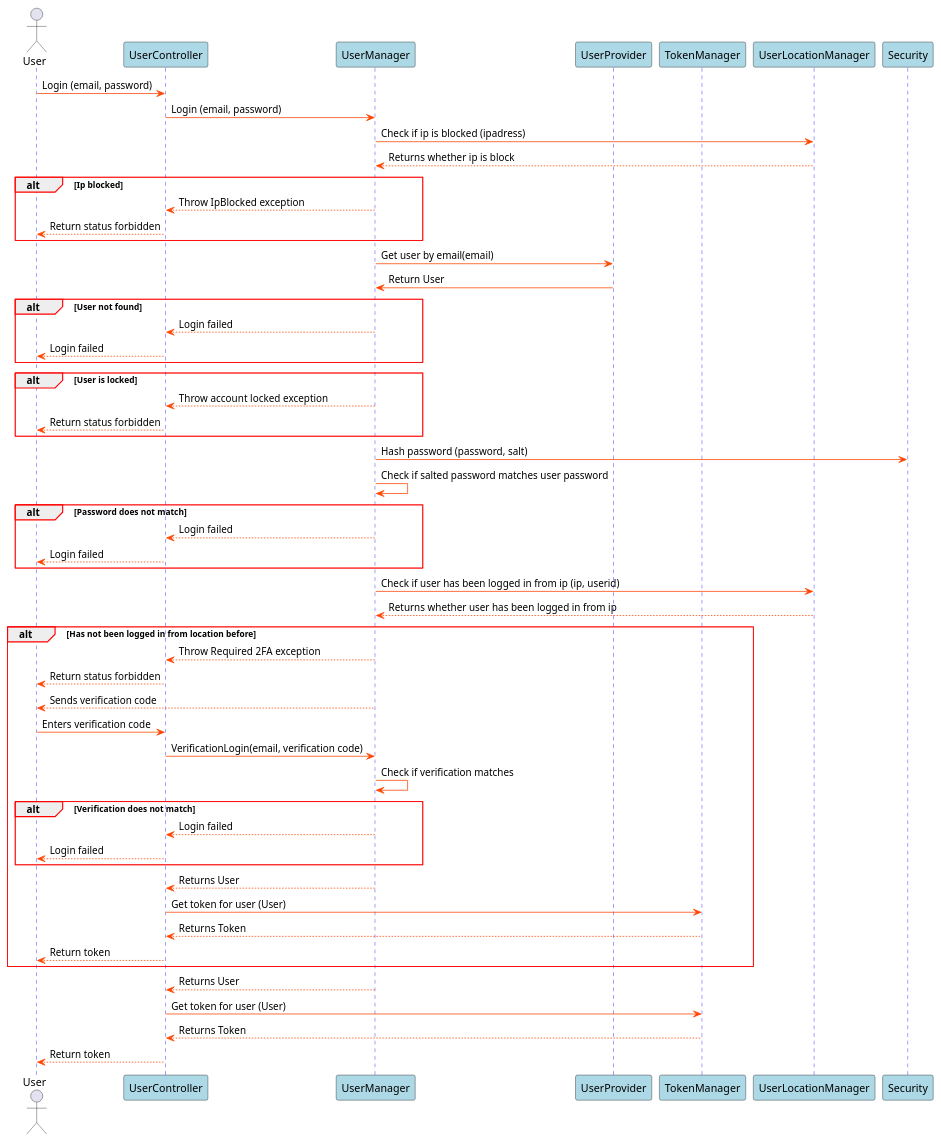
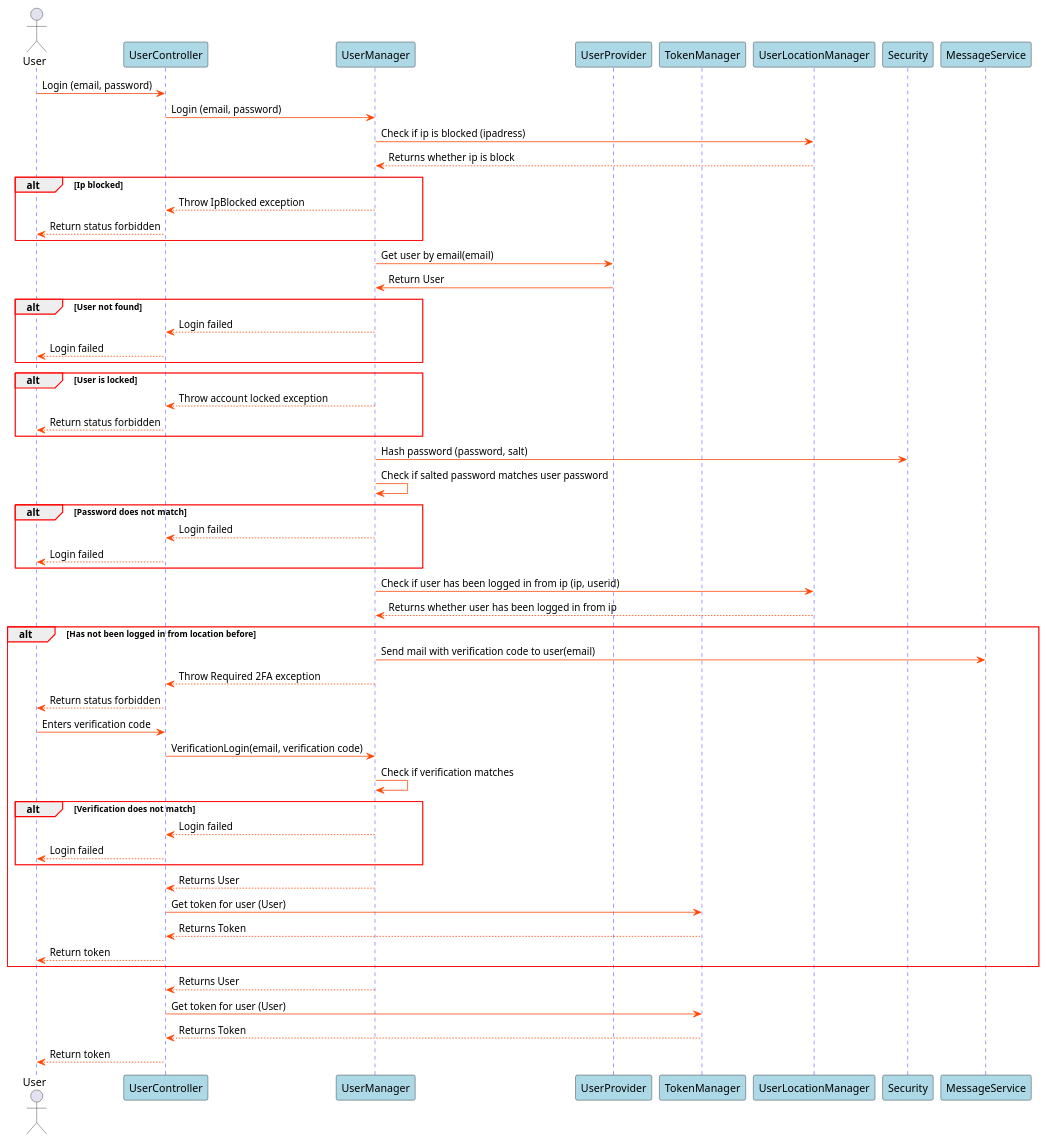
The diagram in Docs/SDDiagrams/LoginSD.plantuml (blackout1471/trust-us-school), drawn with PlantUML before and after one commit. The commit also changed 1 other file, not shown here.

```diff
--- a/Docs/SDDiagrams/LoginSD.plantuml
+++ b/Docs/SDDiagrams/LoginSD.plantuml
@@ -1,90 +1,90 @@
 @startuml Login SD
 
 skinparam sequence {
     GroupBorderColor red
     GroupBorderThickness 1
 
     ArrowColor orangered
 
     LifeLineBorderColor blue
 
     ParticipantBackgroundColor lightblue
 }
 
 actor User
 participant UserController
 participant UserManager
 participant UserProvider
 participant TokenManager
 participant UserLocationManager
 participant Security
 
 User->UserController: Login (email, password)
 UserController->UserManager: Login (email, password)
 UserManager->UserLocationManager: Check if ip is blocked (ipadress)
 UserLocationManager-->UserManager: Returns whether ip is block
 
 alt Ip blocked
 UserManager-->UserController: Throw IpBlocked exception
 UserController-->User: Return status forbidden
 end
 
 UserManager->UserProvider: Get user by email(email)
 UserProvider->UserManager: Return User
 
 
 alt User not found
 
 UserManager-->UserController: Login failed
 UserController-->User: Login failed
 
 end
 
 alt User is locked
 
 UserManager-->UserController: Throw account locked exception
 UserController-->User: Return status forbidden
 
 end
 
 UserManager->Security: Hash password (password, salt)
 UserManager->UserManager: Check if salted password matches user password
 
 alt Password does not match
 
 UserManager-->UserController: Login failed
 UserController-->User: Login failed
 
 end
 
 
 UserManager->UserLocationManager: Check if user has been logged in from ip (ip, userid)
 UserLocationManager-->UserManager: Returns whether user has been logged in from ip
 
 alt Has not been logged in from location before
 
+UserManager->MessageService: Send mail with verification code to user(email)
 UserManager-->UserController: Throw Required 2FA exception
 UserController-->User: Return status forbidden
-UserManager-->User: Sends verification code
 User->UserController: Enters verification code
 UserController->UserManager: VerificationLogin(email, verification code)
 UserManager->UserManager: Check if verification matches
 alt Verification does not match
 
 UserManager-->UserController: Login failed
 UserController-->User: Login failed
 
 end
 UserManager-->UserController: Returns User
 UserController->TokenManager: Get token for user (User)
 TokenManager-->UserController: Returns Token
 UserController-->User: Return token
 end
 
 UserManager-->UserController: Returns User
 UserController->TokenManager: Get token for user (User)
 TokenManager-->UserController: Returns Token
 
 UserController-->User: Return token
 
 @enduml
```
